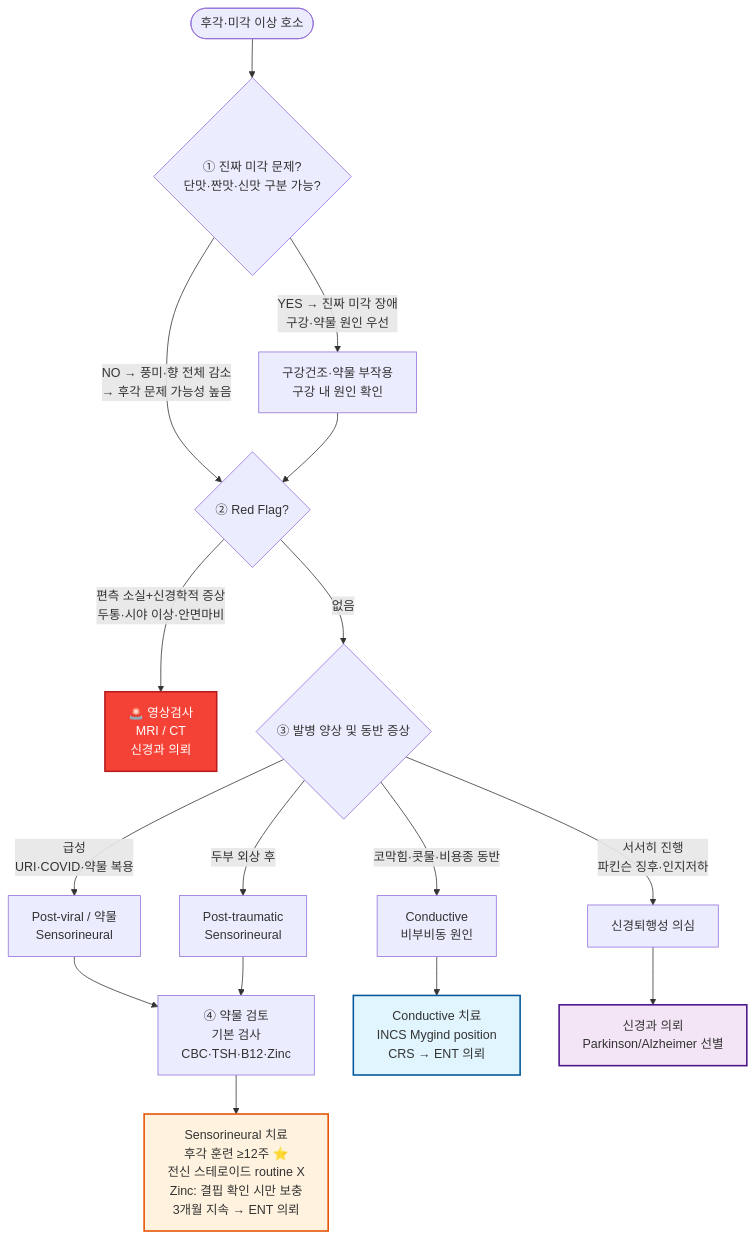
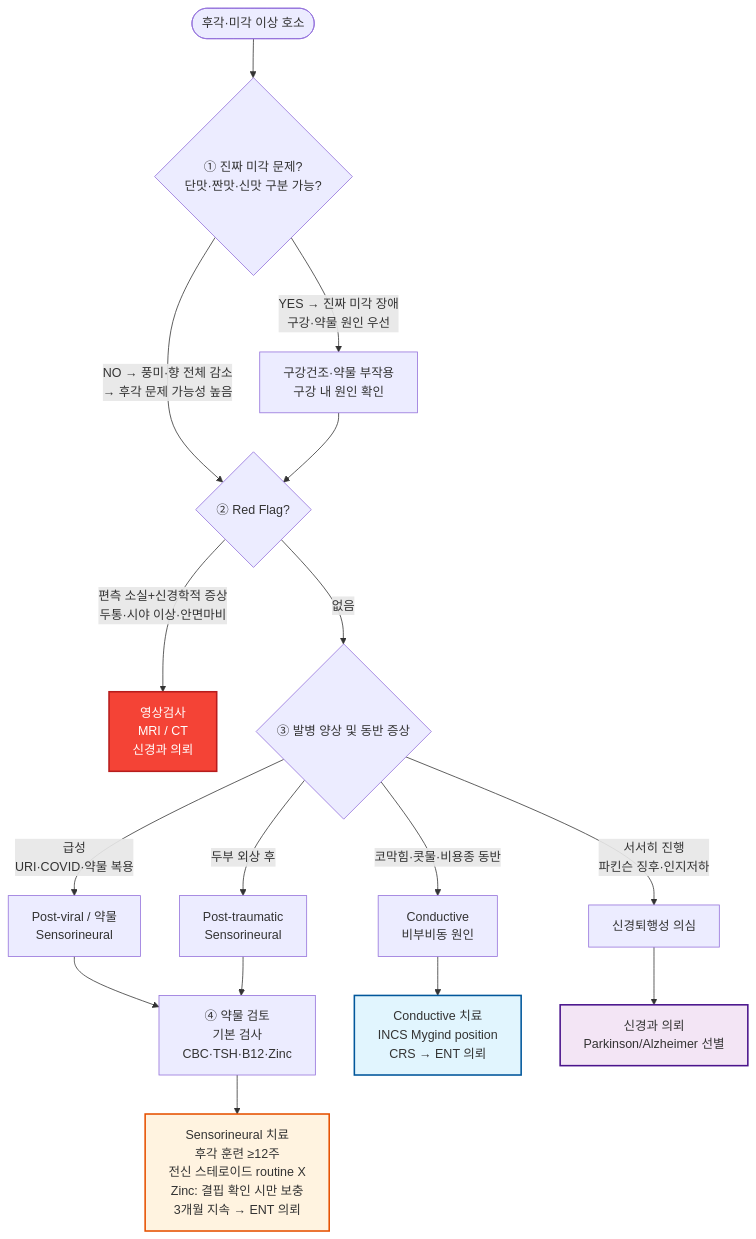
The diagram in 220_/005_-smell-taste-disorders.md (familyoh77/familyoh77), drawn with Mermaid before and after one commit. The commit also changed other lines of this file, not shown here.

````diff
--- a/220_/005_-smell-taste-disorders.md
+++ b/220_/005_-smell-taste-disorders.md
@@ -141,22 +141,22 @@
 ```mermaid
 graph TD
-    A([후각·미각 이상 호소]) --> B{"① 진짜 미각 문제?\n단맛·짠맛·신맛 구분 가능?"}
-    B -->|"YES → 진짜 미각 장애\n구강·약물 원인 우선"| C["구강건조·약물 부작용\n구강 내 원인 확인"]
-    B -->|"NO → 풍미·향 전체 감소\n→ 후각 문제 가능성 높음"| D{"② Red Flag?"}
+    A([후각·미각 이상 호소]) --> B{"① 진짜 미각 문제? <br/>단맛·짠맛·신맛 구분 가능?"}
+    B -->|"YES → 진짜 미각 장애<br/>구강·약물 원인 우선"| C["구강건조·약물 부작용<br/>구강 내 원인 확인"]
+    B -->|"NO → 풍미·향 전체 감소<br/>→ 후각 문제 가능성 높음"| D{"② Red Flag?"}
     C --> D
-    D -->|"편측 소실+신경학적 증상\n두통·시야 이상·안면마비"| E["🚨 영상검사\nMRI / CT\n신경과 의뢰"]
+    D -->|"편측 소실+신경학적 증상<br/>두통·시야 이상·안면마비"| E["영상검사<br/>MRI / CT<br/>신경과 의뢰"]
     D -->|없음| F{"③ 발병 양상 및 동반 증상"}
-    F -->|"급성\nURI·COVID·약물 복용"| G["Post-viral / 약물\nSensorineural"]
-    F -->|"두부 외상 후"| H["Post-traumatic\nSensorineural"]
-    F -->|"코막힘·콧물·비용종 동반"| I["Conductive\n비부비동 원인"]
-    F -->|"서서히 진행\n파킨슨 징후·인지저하"| J["신경퇴행성 의심"]
-    G --> K["④ 약물 검토\n기본 검사\nCBC·TSH·B12·Zinc"]
+    F -->|"급성<br/>URI·COVID·약물 복용"| G["Post-viral / 약물<br/>Sensorineural"]
+    F -->|"두부 외상 후"| H["Post-traumatic<br/>Sensorineural"]
+    F -->|"코막힘·콧물·비용종 동반"| I["Conductive<br/>비부비동 원인"]
+    F -->|"서서히 진행<br/>파킨슨 징후·인지저하"| J["신경퇴행성 의심"]
+    G --> K["④ 약물 검토<br/>기본 검사<br/>CBC·TSH·B12·Zinc"]
     H --> K
-    I --> L["Conductive 치료\nINCS Mygind position\nCRS → ENT 의뢰"]
-    J --> M["신경과 의뢰\nParkinson/Alzheimer 선별"]
-    K --> N["Sensorineural 치료\n후각 훈련 ≥12주 ⭐\n전신 스테로이드 routine X\nZinc: 결핍 확인 시만 보충\n3개월 지속 → ENT 의뢰"]
+    I --> L["Conductive 치료<br/>INCS Mygind position<br/>CRS → ENT 의뢰"]
+    J --> M["신경과 의뢰<br/>Parkinson/Alzheimer 선별"]
+    K --> N["Sensorineural 치료<br/>후각 훈련 ≥12주 <br/>전신 스테로이드 routine X<br/>Zinc: 결핍 확인 시만 보충<br/>3개월 지속 → ENT 의뢰"]
     style E fill:#f44336,stroke:#b71c1c,color:#fff,stroke-width:2px
     style L fill:#e1f5fe,stroke:#01579b,stroke-width:2px
     style N fill:#fff3e0,stroke:#e65100,stroke-width:2px
     style M fill:#f3e5f5,stroke:#4a148c,stroke-width:2px
 ```
````
